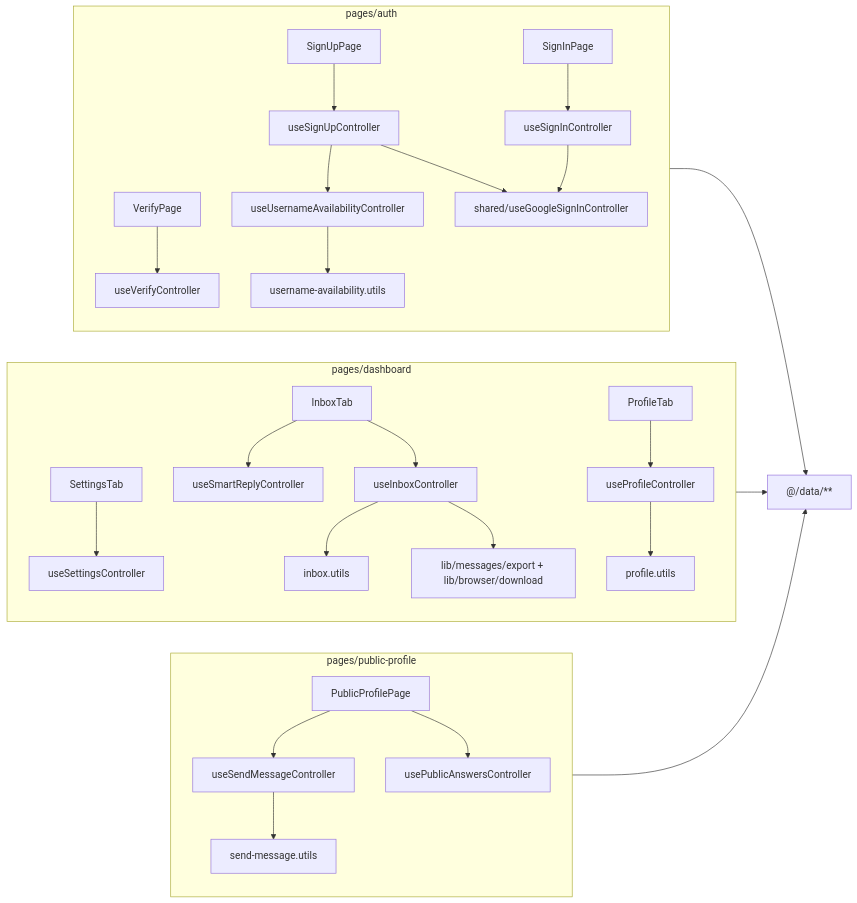
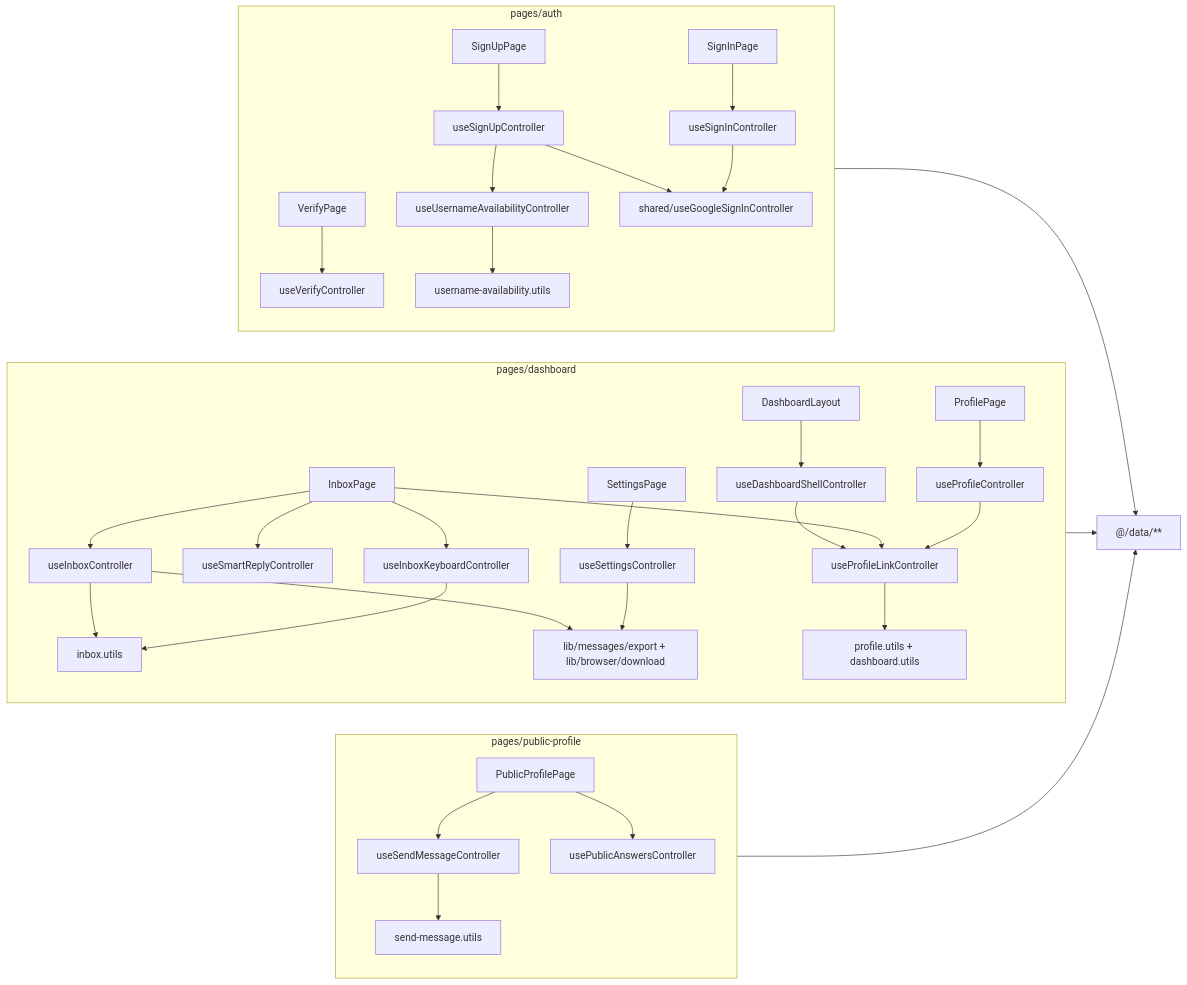
One commit to Abbas4tech/GhostMsg changed the diagram in docs/05-component-architecture.md. Above: the diagram before and after it, drawn with Mermaid. The commit also changed other lines of this file and 498 other files, not shown here.

````diff
--- a/docs/05-component-architecture.md
+++ b/docs/05-component-architecture.md
@@ -56,29 +65,36 @@
 ```mermaid
 flowchart LR
     subgraph Auth["pages/auth"]
         SIP["SignInPage"] --> SI["useSignInController"]
         SUP["SignUpPage"] --> SU["useSignUpController"]
         VP["VerifyPage"] --> V["useVerifyController"]
         SU --> UA["useUsernameAvailabilityController"]
         SI --> G["shared/useGoogleSignInController"]
         SU --> G
         UA --> UAU["username-availability.utils"]
     end
     subgraph Dash["pages/dashboard"]
-        IT["InboxTab"] --> IC["useInboxController"]
+        DL["DashboardLayout"] --> DS["useDashboardShellController"]
+        IT["InboxPage"] --> IC["useInboxController"]
         IT --> SR["useSmartReplyController"]
-        PT["ProfileTab"] --> PC["useProfileController"]
-        ST["SettingsTab"] --> SC["useSettingsController"]
+        IT --> KB["useInboxKeyboardController"]
+        PT["ProfilePage"] --> PC["useProfileController"]
+        ST["SettingsPage"] --> SC["useSettingsController"]
+        DS --> PL["useProfileLinkController"]
+        IT --> PL
+        PC --> PL
         IC --> IU["inbox.utils"]
+        KB --> IU
         IC --> EX["lib/messages/export + lib/browser/download"]
-        PC --> PU["profile.utils"]
+        SC --> EX
+        PL --> PU["profile.utils + dashboard.utils"]
     end
     subgraph Pub["pages/public-profile"]
         PPP["PublicProfilePage"] --> SMC["useSendMessageController"]
         PPP --> PAC["usePublicAnswersController"]
         SMC --> SMU["send-message.utils"]
     end
     Auth --> DATA["@/data/**"]
     Dash --> DATA
     Pub --> DATA
 ```
````
